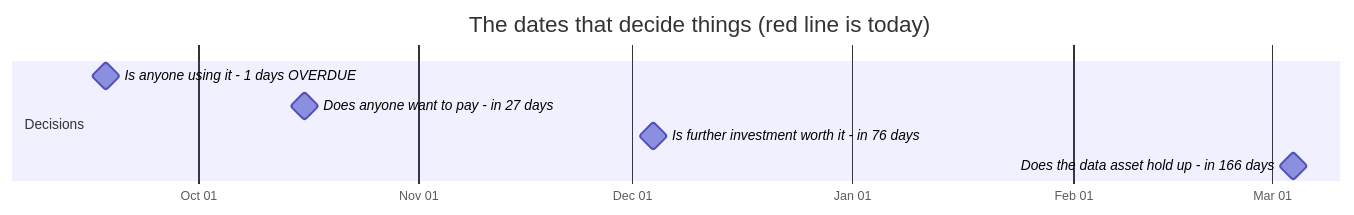
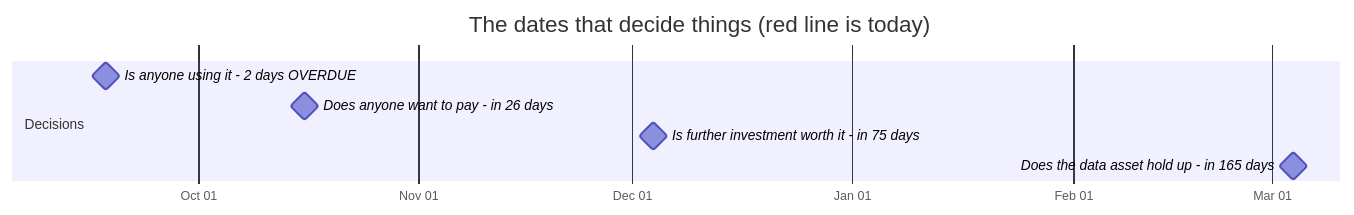
Before and after one commit to jakegu1/vetagent: the first of 2 diagrams in docs/OWNER.md, drawn with Mermaid. The commit also changed other lines of this file and 7 other files, not shown here.

````diff
--- a/docs/OWNER.md
+++ b/docs/OWNER.md
@@ -83,12 +83,12 @@
 ```mermaid
 gantt
     dateFormat YYYY-MM-DD
     axisFormat %b %d
     todayMarker stroke-width:3px,stroke:#d33,stroke-dasharray:0
     title The dates that decide things (red line is today)
     section Decisions
-    Is anyone using it - 1 days OVERDUE :milestone, 2026-09-18, 0d
-    Does anyone want to pay - in 27 days :milestone, 2026-10-16, 0d
-    Is further investment worth it - in 76 days :milestone, 2026-12-04, 0d
-    Does the data asset hold up - in 166 days :milestone, 2027-03-04, 0d
+    Is anyone using it - 2 days OVERDUE :milestone, 2026-09-18, 0d
+    Does anyone want to pay - in 26 days :milestone, 2026-10-16, 0d
+    Is further investment worth it - in 75 days :milestone, 2026-12-04, 0d
+    Does the data asset hold up - in 165 days :milestone, 2027-03-04, 0d
 ```
````
